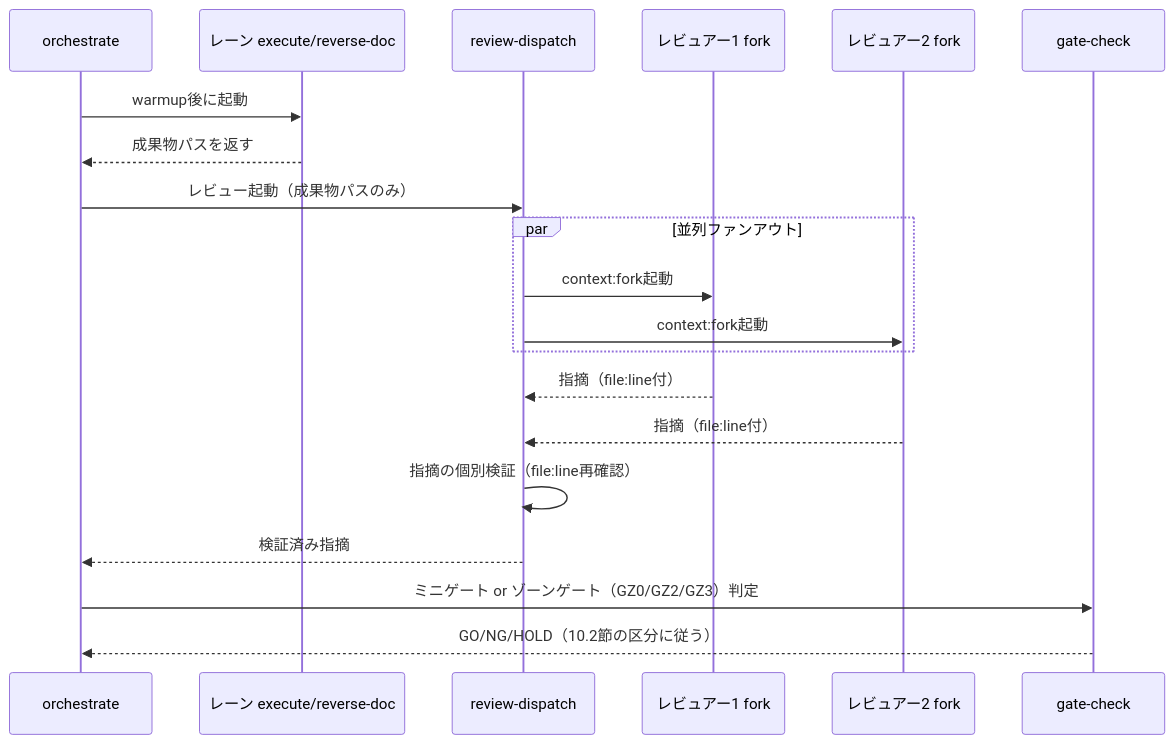
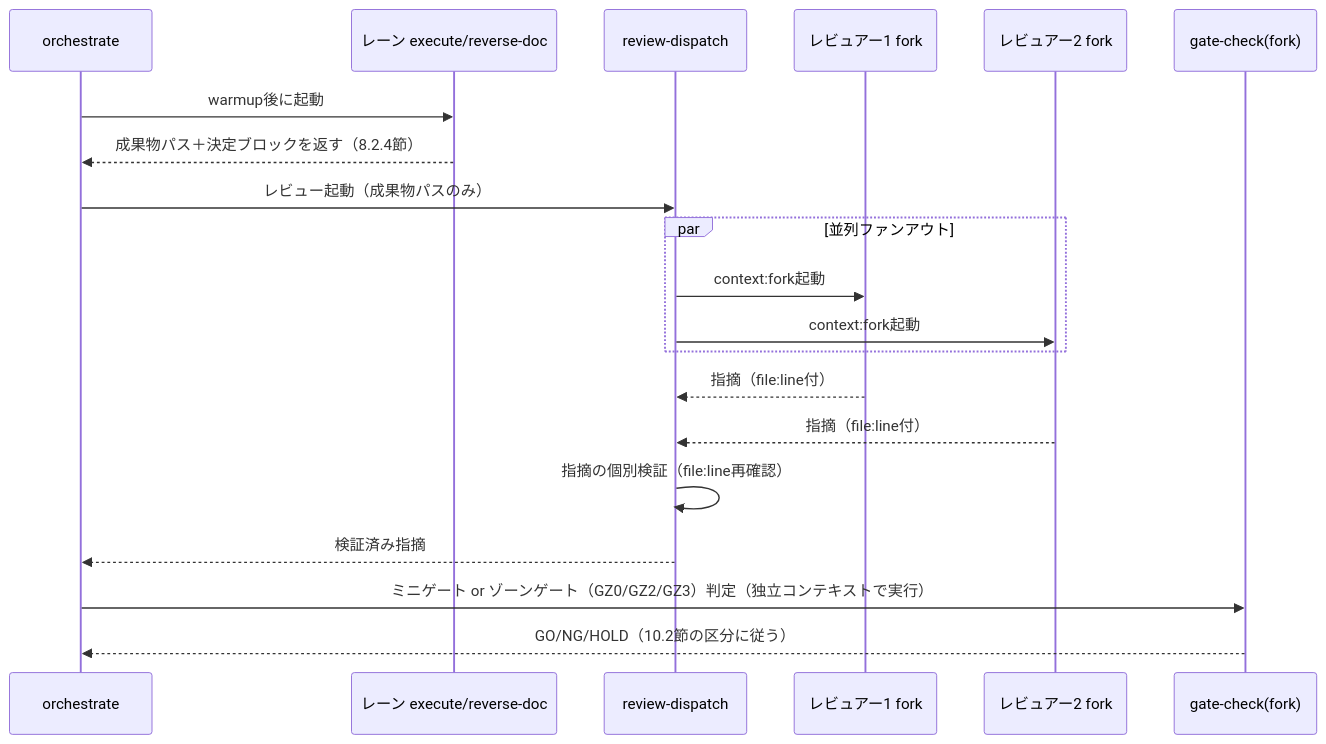
Before and after one commit to k-tanaka-522/aidev: the fourth of 5 diagrams in docs/v2/02_実行基盤アーキテクチャ.md, drawn with Mermaid. The commit also changed other lines of this file, not shown here.

````diff
--- a/docs/v2/02_実行基盤アーキテクチャ.md
+++ b/docs/v2/02_実行基盤アーキテクチャ.md
@@ -678,23 +945,23 @@
 ```mermaid
 sequenceDiagram
     participant ORCH as orchestrate
     participant EXE as レーン execute/reverse-doc
     participant RD as review-dispatch
     participant R1 as レビュアー1 fork
     participant R2 as レビュアー2 fork
-    participant GC as gate-check
+    participant GC as gate-check(fork)
 
     ORCH->>EXE: warmup後に起動
-    EXE-->>ORCH: 成果物パスを返す
+    EXE-->>ORCH: 成果物パス＋決定ブロックを返す（8.2.4節）
     ORCH->>RD: レビュー起動（成果物パスのみ）
     par 並列ファンアウト
         RD->>R1: context:fork起動
         RD->>R2: context:fork起動
     end
     R1-->>RD: 指摘（file:line付）
     R2-->>RD: 指摘（file:line付）
     RD->>RD: 指摘の個別検証（file:line再確認）
     RD-->>ORCH: 検証済み指摘
-    ORCH->>GC: ミニゲート or ゾーンゲート（GZ0/GZ2/GZ3）判定
+    ORCH->>GC: ミニゲート or ゾーンゲート（GZ0/GZ2/GZ3）判定（独立コンテキストで実行）
     GC-->>ORCH: GO/NG/HOLD（10.2節の区分に従う）
 ```
````
